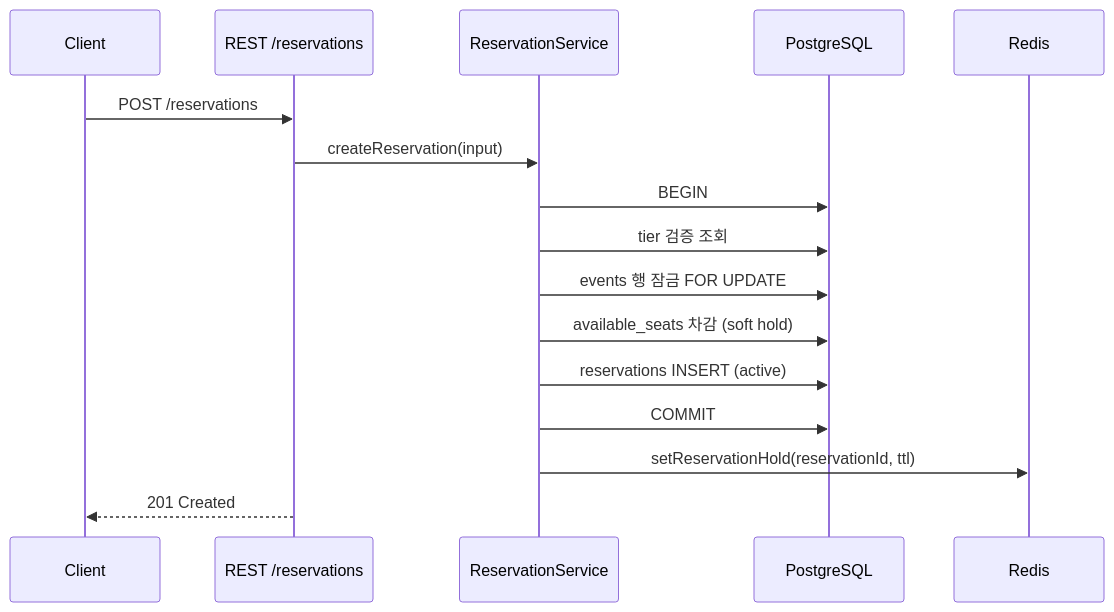
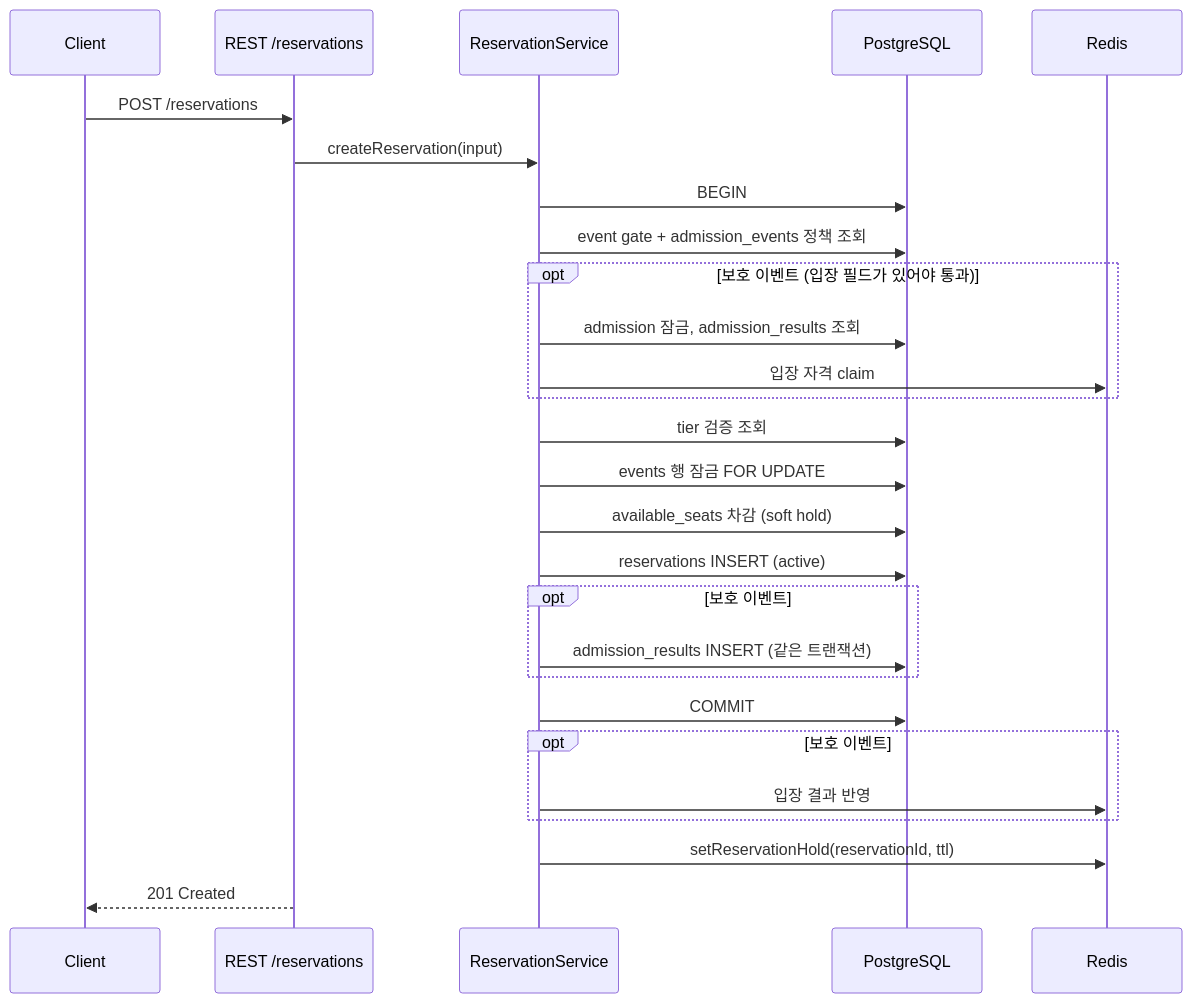
The third of 5 diagrams in docs/ARCHITECTURE_DIAGRAMS.md (dosacha/PeakPass), drawn with Mermaid before and after one commit. The commit also changed other lines of this file and 28 other files, not shown here.

````diff
--- a/docs/ARCHITECTURE_DIAGRAMS.md
+++ b/docs/ARCHITECTURE_DIAGRAMS.md
@@ -61,19 +61,30 @@
 ```mermaid
 sequenceDiagram
     participant C as Client
     participant API as REST /reservations
     participant S as ReservationService
     participant PG as PostgreSQL
     participant R as Redis
 
     C->>API: POST /reservations
     API->>S: createReservation(input)
     S->>PG: BEGIN
+    S->>PG: event gate + admission_events 정책 조회
+    opt 보호 이벤트 (입장 필드가 있어야 통과)
+        S->>PG: admission 잠금, admission_results 조회
+        S->>R: 입장 자격 claim
+    end
     S->>PG: tier 검증 조회
     S->>PG: events 행 잠금 FOR UPDATE
     S->>PG: available_seats 차감 (soft hold)
     S->>PG: reservations INSERT (active)
+    opt 보호 이벤트
+        S->>PG: admission_results INSERT (같은 트랜잭션)
+    end
     S->>PG: COMMIT
+    opt 보호 이벤트
+        S->>R: 입장 결과 반영
+    end
     S->>R: setReservationHold(reservationId, ttl)
     API-->>C: 201 Created
 ```
````
